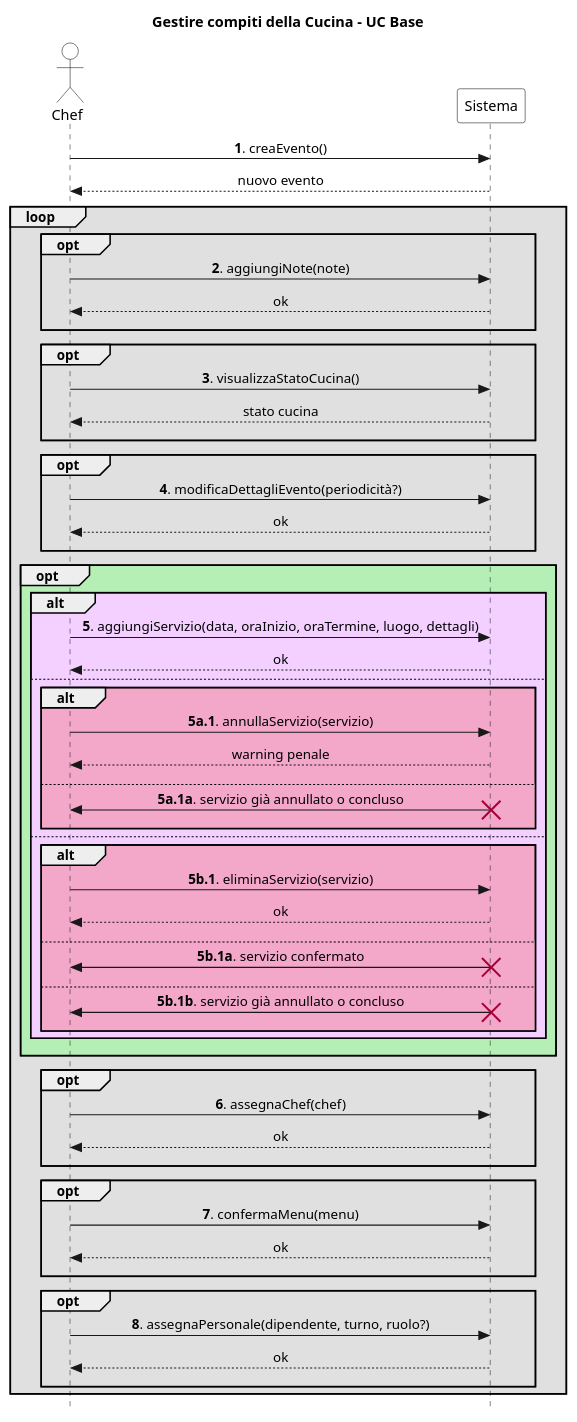
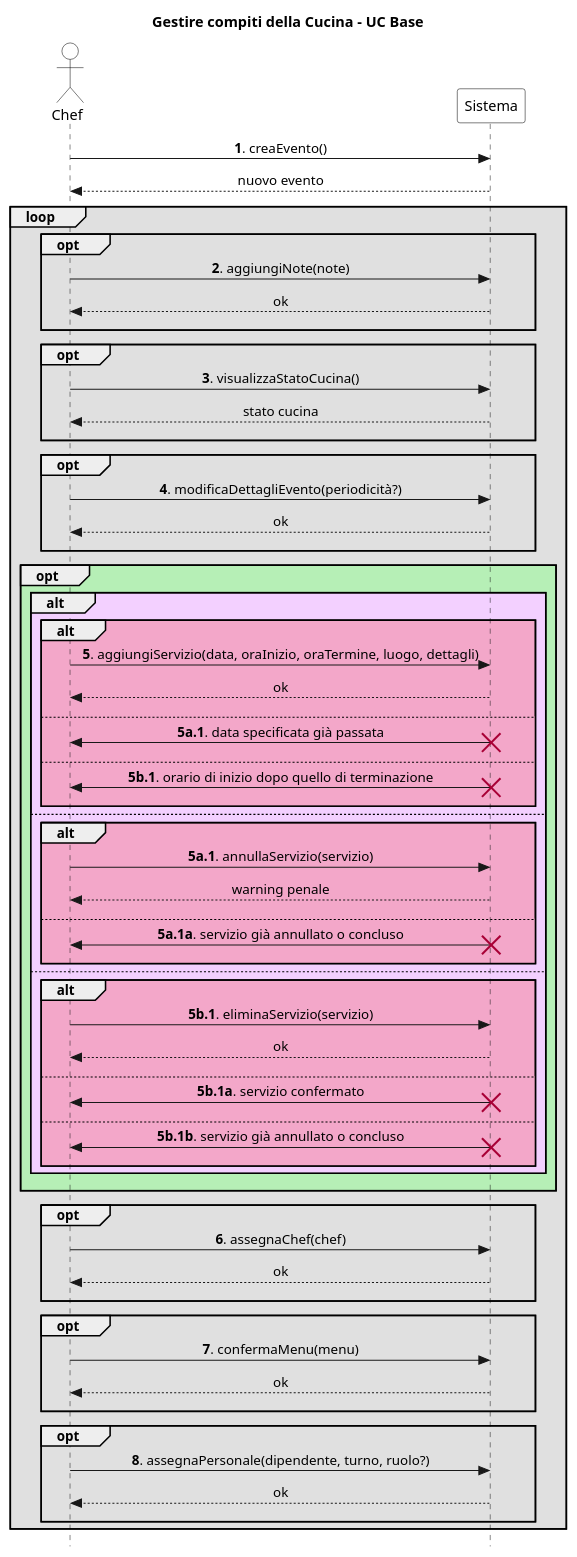
The diagram in UP/Requisiti/UC Gestire Eventi/SSD/Estensioni-Eccezioni Op5.puml (stefa168/sas-project), drawn with PlantUML before and after one commit.

Commit message:
Aggiunte eccezioni del passo 5 precedentemente non identificate

```diff
--- a/UP/Requisiti/UC Gestire Eventi/SSD/Estensioni-Eccezioni Op5.puml
+++ b/UP/Requisiti/UC Gestire Eventi/SSD/Estensioni-Eccezioni Op5.puml
@@ -1,89 +1,100 @@
 @startuml
 skinparam Style strictuml
 skinparam SequenceMessageAlign center
 
 skinparam sequence {
     ActorBorderColor Black
     ActorBackgroundColor White
     ParticipantBorderColor Black
     ParticipantBackgroundColor White
 }
 
 actor Chef
 participant Sistema
 
 title Gestire compiti della Cucina - UC Base
 
 Chef -> Sistema: **1**. creaEvento()
 return nuovo evento
 
 loop #e0e0e0
     opt #e0e0e0
         Chef -> Sistema: **2**. aggiungiNote(note)
         return ok
         ||10||
     end
 
     opt #e0e0e0
         Chef -> Sistema: **3**. visualizzaStatoCucina()
         return stato cucina
         ||10||
     end
 
     opt #e0e0e0
         Chef -> Sistema: **4**. modificaDettagliEvento(periodicità?)
         return ok
         ||10||
     end
 
     opt #b6efb6
         alt #f3d0ff
-            Chef -> Sistema: **5**. aggiungiServizio(data, oraInizio, oraTermine, luogo, dettagli)
-            return ok
+            alt #f3a7c9
+                Chef -> Sistema: **5**. aggiungiServizio(data, oraInizio, oraTermine, luogo, dettagli)
+                return ok
+                ||10||
+            else
+                Chef <- Sistema: **5a.1**. data specificata già passata
+                destroy Sistema
+                ||10||
+            else
+                Chef <- Sistema: **5b.1**. orario di inizio dopo quello di terminazione
+                destroy Sistema
+                ||10||
+            end
         else
             alt #f3a7c9
                 Chef -> Sistema: **5a.1**. annullaServizio(servizio)
                 return warning penale
                 ||10||
             else
                 Chef <- Sistema: **5a.1a**. servizio già annullato o concluso
                 destroy Sistema
                 ||10||
             end
         else
             alt #f3a7c9
                 Chef -> Sistema: **5b.1**. eliminaServizio(servizio)
                 return ok
                 ||10||
             else
                 Chef <- Sistema: **5b.1a**. servizio confermato
                 destroy Sistema
                 ||10||
             else
                 Chef <- Sistema: **5b.1b**. servizio già annullato o concluso
                 destroy Sistema
                 ||10||
             end
         end
         ||10||
     end
 
     opt #e0e0e0
         Chef -> Sistema: **6**. assegnaChef(chef)
         return ok
         ||10||
     end
 
     opt #e0e0e0
         Chef -> Sistema: **7**. confermaMenu(menu)
         return ok
         ||10||
     end
 
     opt #e0e0e0
         Chef -> Sistema: **8**. assegnaPersonale(dipendente, turno, ruolo?)
         return ok
         ||10||
     end
 end
 @enduml
```
